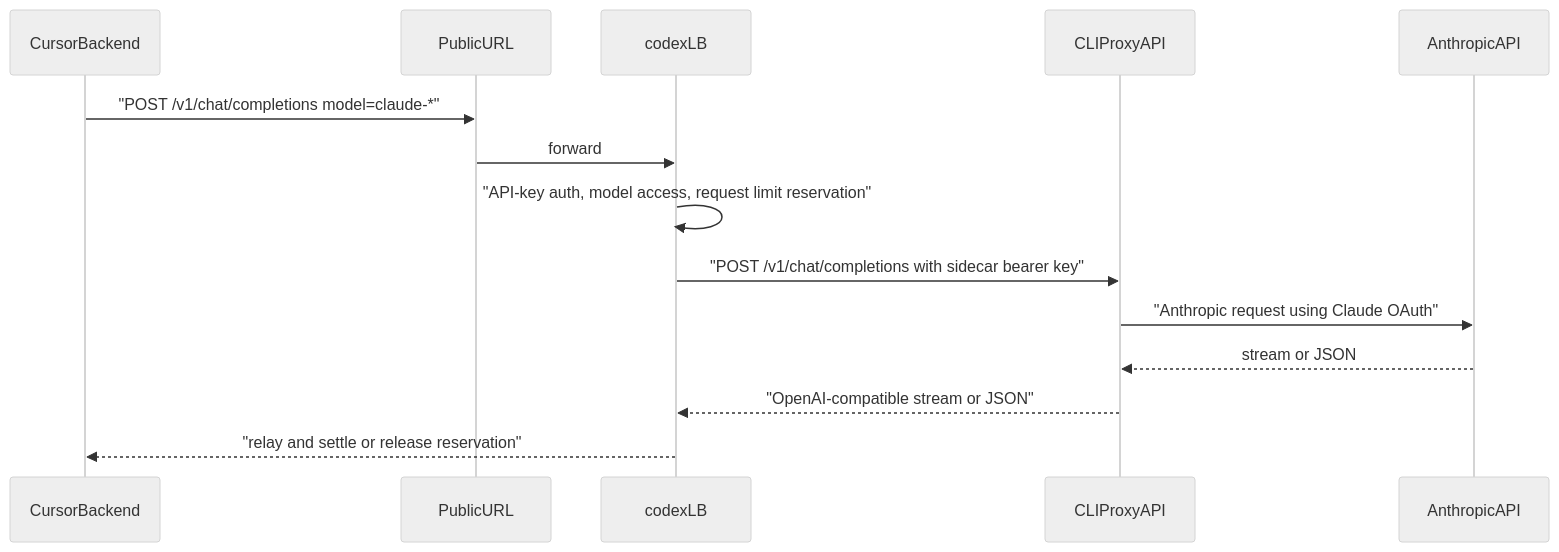
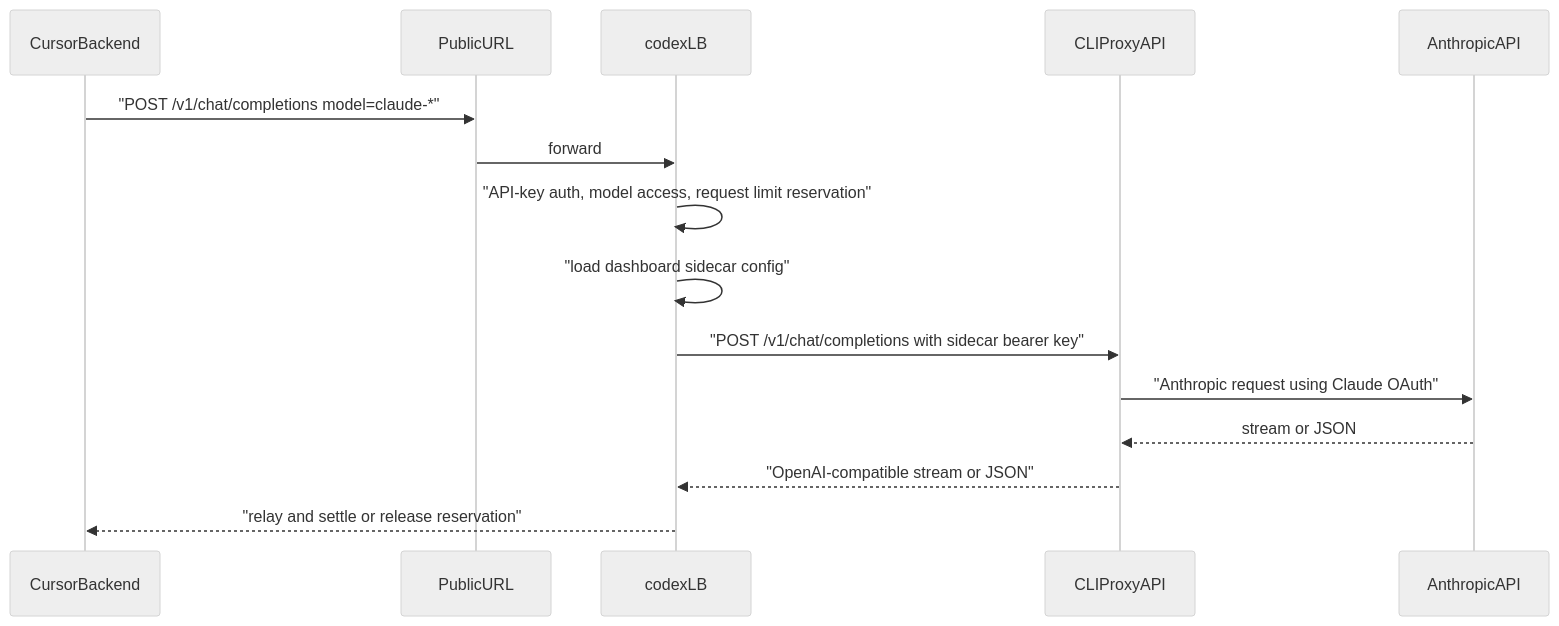
The diagram in openspec/changes/add-claude-sidecar-routing/context.md (vitalNohj/codex-lb), drawn with Mermaid (neutral theme) before and after one commit. The commit also changed other lines of this file and 51 other files, not shown here.

````diff
--- a/openspec/changes/add-claude-sidecar-routing/context.md
+++ b/openspec/changes/add-claude-sidecar-routing/context.md
@@ -17,16 +17,17 @@
 ```mermaid
 sequenceDiagram
   participant Cursor as CursorBackend
   participant Tunnel as PublicURL
   participant LB as codexLB
   participant Side as CLIProxyAPI
   participant Claude as AnthropicAPI
   Cursor->>Tunnel: "POST /v1/chat/completions model=claude-*"
   Tunnel->>LB: forward
   LB->>LB: "API-key auth, model access, request limit reservation"
+  LB->>LB: "load dashboard sidecar config"
   LB->>Side: "POST /v1/chat/completions with sidecar bearer key"
   Side->>Claude: "Anthropic request using Claude OAuth"
   Claude-->>Side: stream or JSON
   Side-->>LB: "OpenAI-compatible stream or JSON"
   LB-->>Cursor: "relay and settle or release reservation"
 ```
````
